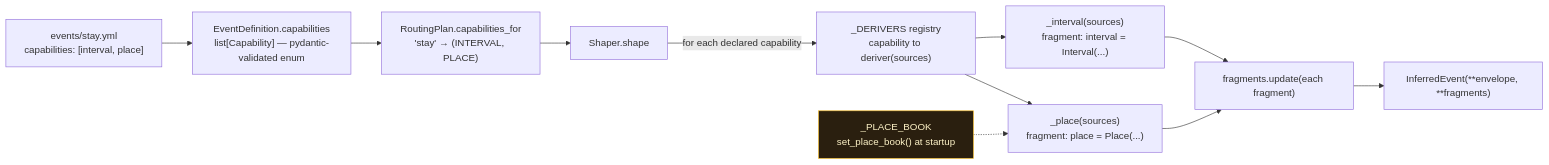
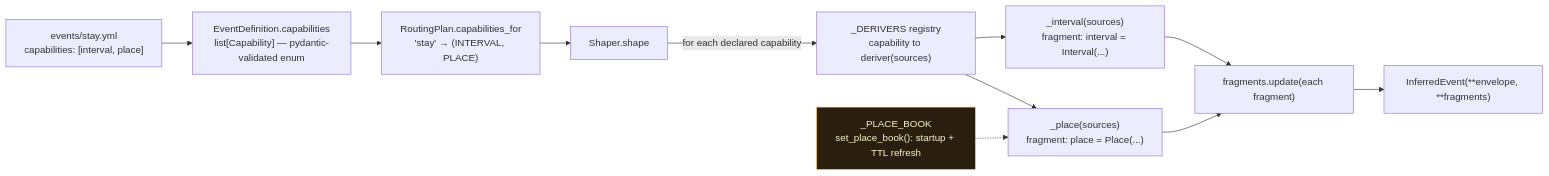
Before and after one commit to rodis/inference: the eighth of 14 diagrams in doc/core.md, drawn with Mermaid. The commit also changed other lines of this file and 2 other files, not shown here.

First line of the commit message:
docs: the place book reloads on a TTL — restart claims were stale

````diff
--- a/doc/core.md
+++ b/doc/core.md
@@ -655,22 +655,22 @@
 ```mermaid
 flowchart LR
     yml["events/stay.yml<br/>capabilities: [interval, place]"]
     defn["EventDefinition.capabilities<br/>list[Capability] — pydantic-validated enum"]
     plan["RoutingPlan.capabilities_for<br/>'stay' → (INTERVAL, PLACE)"]
     shp["Shaper.shape"]
     reg["_DERIVERS registry<br/>capability to deriver(sources)"]
     d1["_interval(sources)<br/>fragment: interval = Interval(...)"]
     d2["_place(sources)<br/>fragment: place = Place(...)"]
     frag["fragments.update(each fragment)"]
     ie["InferredEvent(**envelope, **fragments)"]
-    book["_PLACE_BOOK<br/>set_place_book() at startup"]
+    book["_PLACE_BOOK<br/>set_place_book(): startup + TTL refresh"]
 
     yml --> defn --> plan --> shp
     shp -->|"for each declared capability"| reg
     reg --> d1 --> frag
     reg --> d2 --> frag
     book -.-> d2
     frag --> ie
 
     style book fill:#2a1f0f,stroke:#fbbf24,color:#fef3c7
 ```
````
